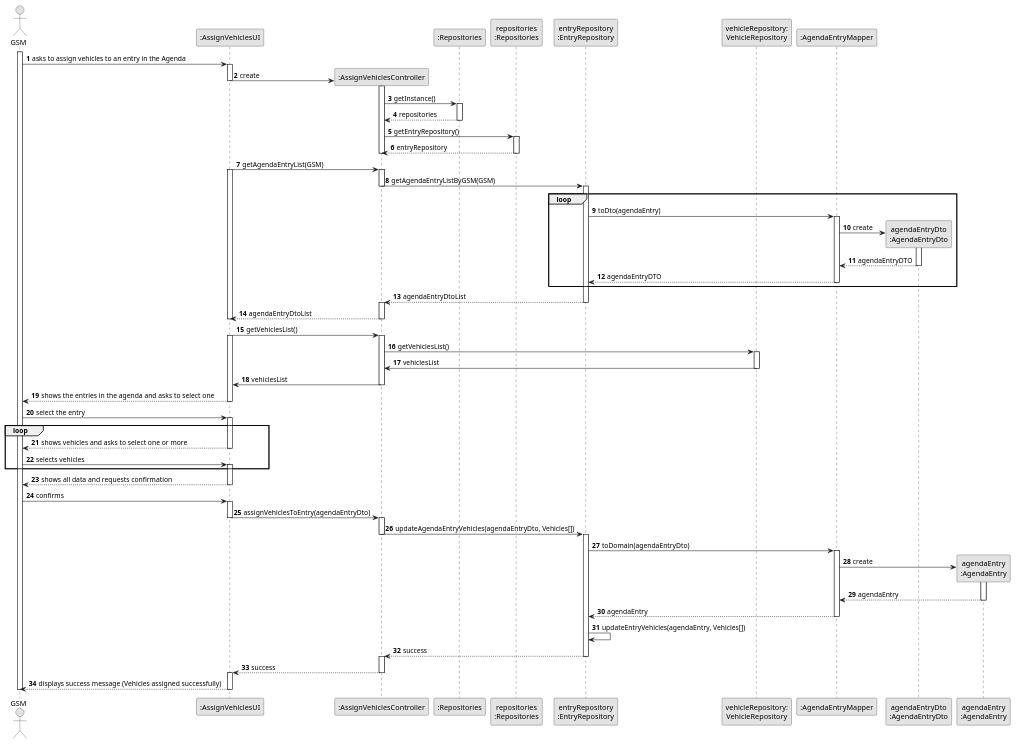
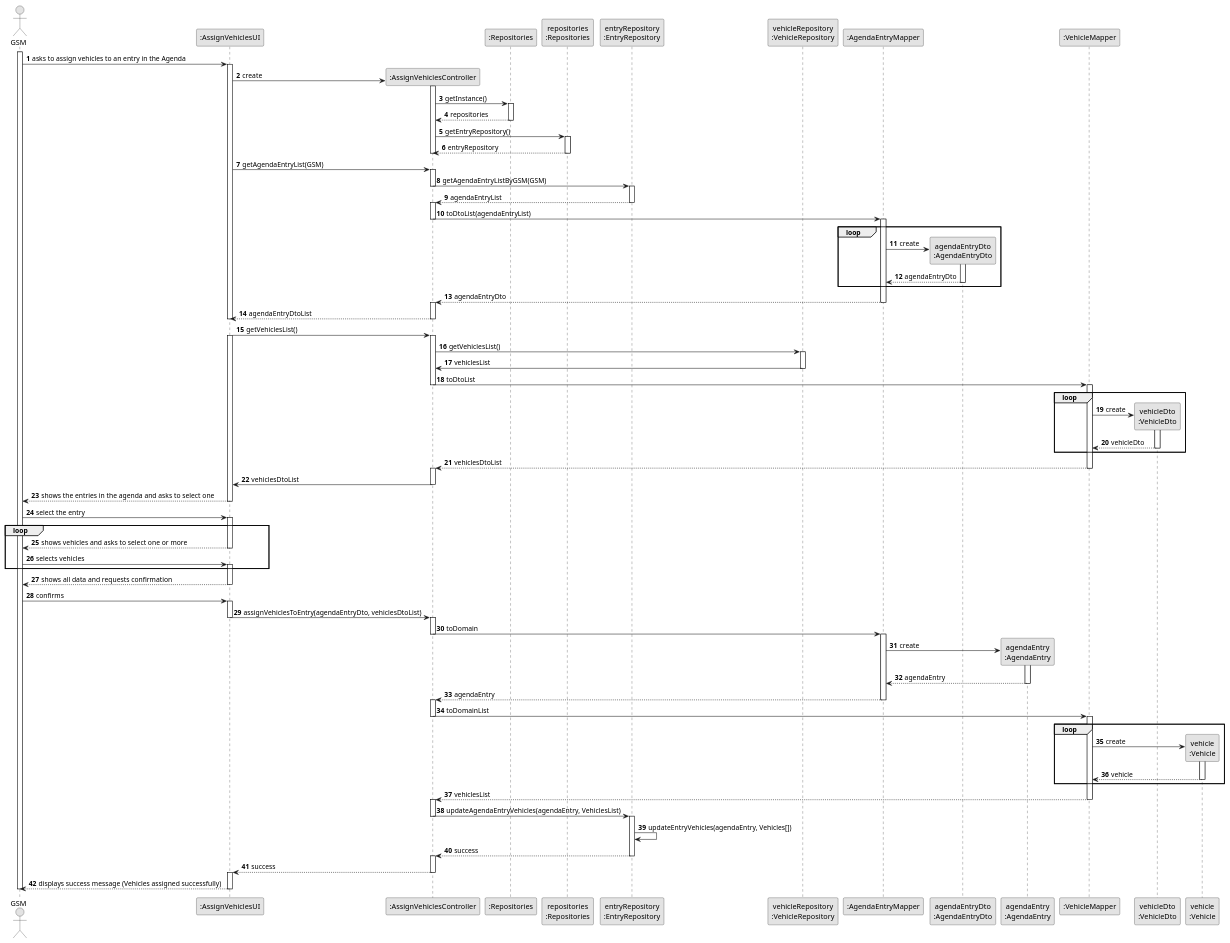
The diagram in docs/sprintC/us026/03.design/puml/us026-sequence-diagram-full.puml (ricardomm7/leaflink), drawn with PlantUML before and after one commit. The commit also changed 13 other files, not shown here.

```diff
--- a/docs/sprintC/us026/03.design/puml/us026-sequence-diagram-full.puml
+++ b/docs/sprintC/us026/03.design/puml/us026-sequence-diagram-full.puml
@@ -2,148 +2,192 @@
 @startuml
 skinparam monochrome true
 skinparam packageStyle rectangle
 skinparam shadowing false
 
 'title System Sequence Diagram (SSD) - US026
 
 autonumber
 
 actor "GSM" as GSM
 participant ":AssignVehiclesUI" as UI
 participant ":AssignVehiclesController" as CTRL
 participant ":Repositories" as RepositorySingleton
 participant "repositories\n:Repositories" as PLAT
 participant "entryRepository\n:EntryRepository" as EntryRepo
-participant "vehicleRepository:\nVehicleRepository" as VehicleRepository
+participant "vehicleRepository\n:VehicleRepository" as VehicleRepository
 participant ":AgendaEntryMapper" as AgendaEntryMapper
 participant "agendaEntryDto\n:AgendaEntryDto" as AgendaEntryDto
 participant "agendaEntry\n:AgendaEntry" as AgendaEntry
+participant ":VehicleMapper" as VehicleMapper
+participant "vehicleDto\n:VehicleDto" as VehicleDto
+participant "vehicle\n:Vehicle" as Vehicle
+
 
 activate GSM
 
     GSM -> UI : asks to assign vehicles to an entry in the Agenda
     activate UI
 
         UI -> CTRL** : create
-        deactivate UI
                 activate CTRL
 
                     CTRL -> RepositorySingleton : getInstance()
                     activate RepositorySingleton
 
                         RepositorySingleton --> CTRL : repositories
                     deactivate RepositorySingleton
 
                     CTRL -> PLAT : getEntryRepository()
                     activate PLAT
 
                         PLAT --> CTRL : entryRepository
                     deactivate PLAT
 
                      deactivate CTRL
 
-                deactivate UI
 
         UI -> CTRL: getAgendaEntryList(GSM)
-                        activate UI
-                        activate CTRL
+        activate CTRL
 
-                            CTRL -> EntryRepo: getAgendaEntryListByGSM(GSM)
+            CTRL -> EntryRepo: getAgendaEntryListByGSM(GSM)
+            deactivate CTRL
+            activate EntryRepo
+
+            EntryRepo --> CTRL: agendaEntryList
+            deactivate EntryRepo
+            activate CTRL
+
+                            CTRL -> AgendaEntryMapper : toDtoList(agendaEntryList)
                             deactivate CTRL
-                            activate EntryRepo
+                            activate AgendaEntryMapper
 
                             loop
-
-                            EntryRepo -> AgendaEntryMapper : toDto(agendaEntry)
-                            activate AgendaEntryMapper
-
                                 AgendaEntryMapper -> AgendaEntryDto** : create
                                 activate AgendaEntryDto
 
-                                AgendaEntryDto --> AgendaEntryMapper : agendaEntryDTO
+                                AgendaEntryDto --> AgendaEntryMapper : agendaEntryDto
                                 deactivate AgendaEntryDto
-
-                            AgendaEntryMapper --> EntryRepo : agendaEntryDTO
-                            deactivate AgendaEntryMapper
                             end
 
-                            EntryRepo --> CTRL : agendaEntryDtoList
-                            deactivate EntryRepo
+                            AgendaEntryMapper --> CTRL : agendaEntryDto
+                            deactivate AgendaEntryMapper
                             activate CTRL
 
                         CTRL --> UI : agendaEntryDtoList
                         deactivate CTRL
                         deactivate UI
 
         UI -> CTRL : getVehiclesList()
-                activate UI
-                activate CTRL
+        activate UI
+        activate CTRL
 
                 CTRL -> VehicleRepository : getVehiclesList()
                 activate VehicleRepository
 
                 VehicleRepository -> CTRL : vehiclesList
                 deactivate VehicleRepository
 
-                CTRL -> UI : vehiclesList
+                CTRL -> VehicleMapper: toDtoList
+                deactivate CTRL
+                activate VehicleMapper
+
+                loop
+
+                    VehicleMapper -> VehicleDto**: create
+                    activate VehicleDto
+
+                    VehicleDto --> VehicleMapper: vehicleDto
+                    deactivate VehicleDto
+
+                end loop
+
+                VehicleMapper --> CTRL: vehiclesDtoList
+                deactivate VehicleMapper
+                activate CTRL
+
+                CTRL -> UI : vehiclesDtoList
                 deactivate CTRL
 
     UI --> GSM : shows the entries in the agenda and asks to select one
-        deactivate UI
+    deactivate UI
 
     GSM -> UI : select the entry
     activate UI
 
     loop
 
     UI --> GSM : shows vehicles and asks to select one or more
     deactivate UI
 
     GSM -> UI: selects vehicles
     activate UI
 
     end loop
 
     UI --> GSM : shows all data and requests confirmation
     deactivate UI
 
     GSM -> UI: confirms
     activate UI
 
-        UI -> CTRL : assignVehiclesToEntry(agendaEntryDto)
+        UI -> CTRL : assignVehiclesToEntry(agendaEntryDto, vehiclesDtoList)
                         deactivate UI
                         activate CTRL
 
+                            CTRL -> AgendaEntryMapper: toDomain
+                            deactivate CTRL
+                            activate AgendaEntryMapper
 
-                            CTRL -> EntryRepo : updateAgendaEntryVehicles(agendaEntryDto, Vehicles[])
+                                AgendaEntryMapper -> AgendaEntry**: create
+                                activate AgendaEntry
+
+                                AgendaEntry --> AgendaEntryMapper: agendaEntry
+                                deactivate AgendaEntry
+
+                        AgendaEntryMapper --> CTRL: agendaEntry
+                        deactivate AgendaEntryMapper
+                        activate CTRL
+
+                            CTRL -> VehicleMapper: toDomainList
+                            deactivate CTRL
+                            activate VehicleMapper
+
+                                loop
+
+                                VehicleMapper -> Vehicle**: create
+                                activate Vehicle
+
+                                Vehicle --> VehicleMapper: vehicle
+                                deactivate Vehicle
+
+                                end loop
+
+                            VehicleMapper --> CTRL: vehiclesList
+                            deactivate VehicleMapper
+                            activate CTRL
+
+
+
+
+                            CTRL -> EntryRepo : updateAgendaEntryVehicles(agendaEntry, VehiclesList)
                             deactivate CTRL
                             activate EntryRepo
 
-                            EntryRepo -> AgendaEntryMapper : toDomain(agendaEntryDto)
-                            activate AgendaEntryMapper
 
-                                AgendaEntryMapper -> AgendaEntry** : create
-                                activate AgendaEntry
-
-                                AgendaEntry --> AgendaEntryMapper : agendaEntry
-                                deactivate AgendaEntry
-
-                            AgendaEntryMapper --> EntryRepo : agendaEntry
-                            deactivate AgendaEntryMapper
 
                                 EntryRepo -> EntryRepo : updateEntryVehicles(agendaEntry, Vehicles[])
 
                             EntryRepo --> CTRL : success
                             deactivate EntryRepo
                             activate CTRL
 
         CTRL --> UI : success
         deactivate CTRL
         activate UI
 
     UI --> GSM : displays success message (Vehicles assigned successfully)
     deactivate UI
 
 deactivate GSM
 
 @enduml
```
